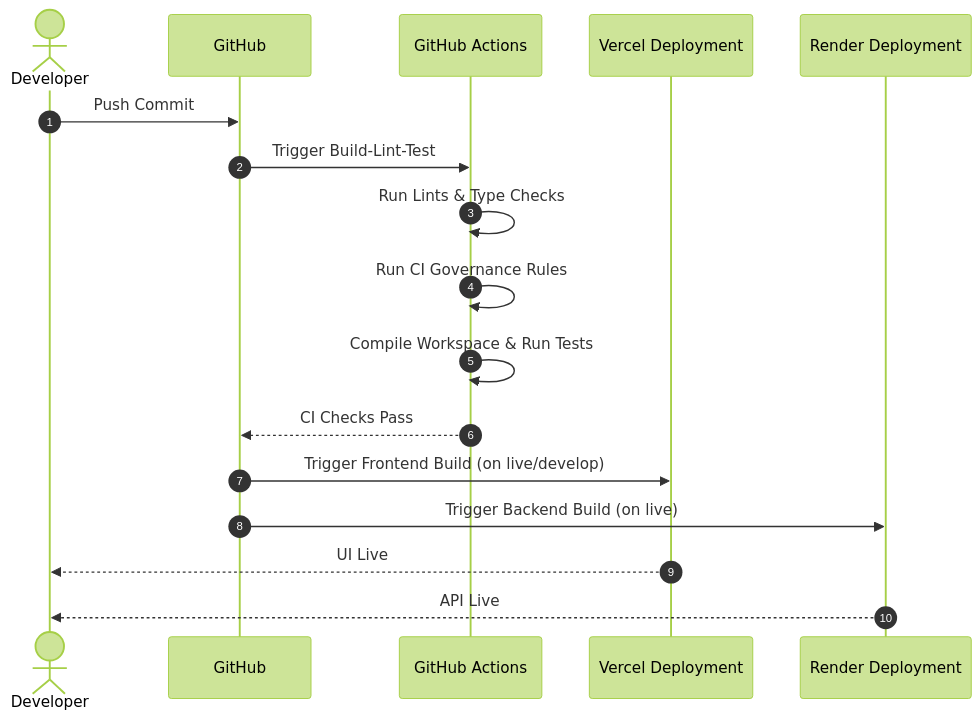
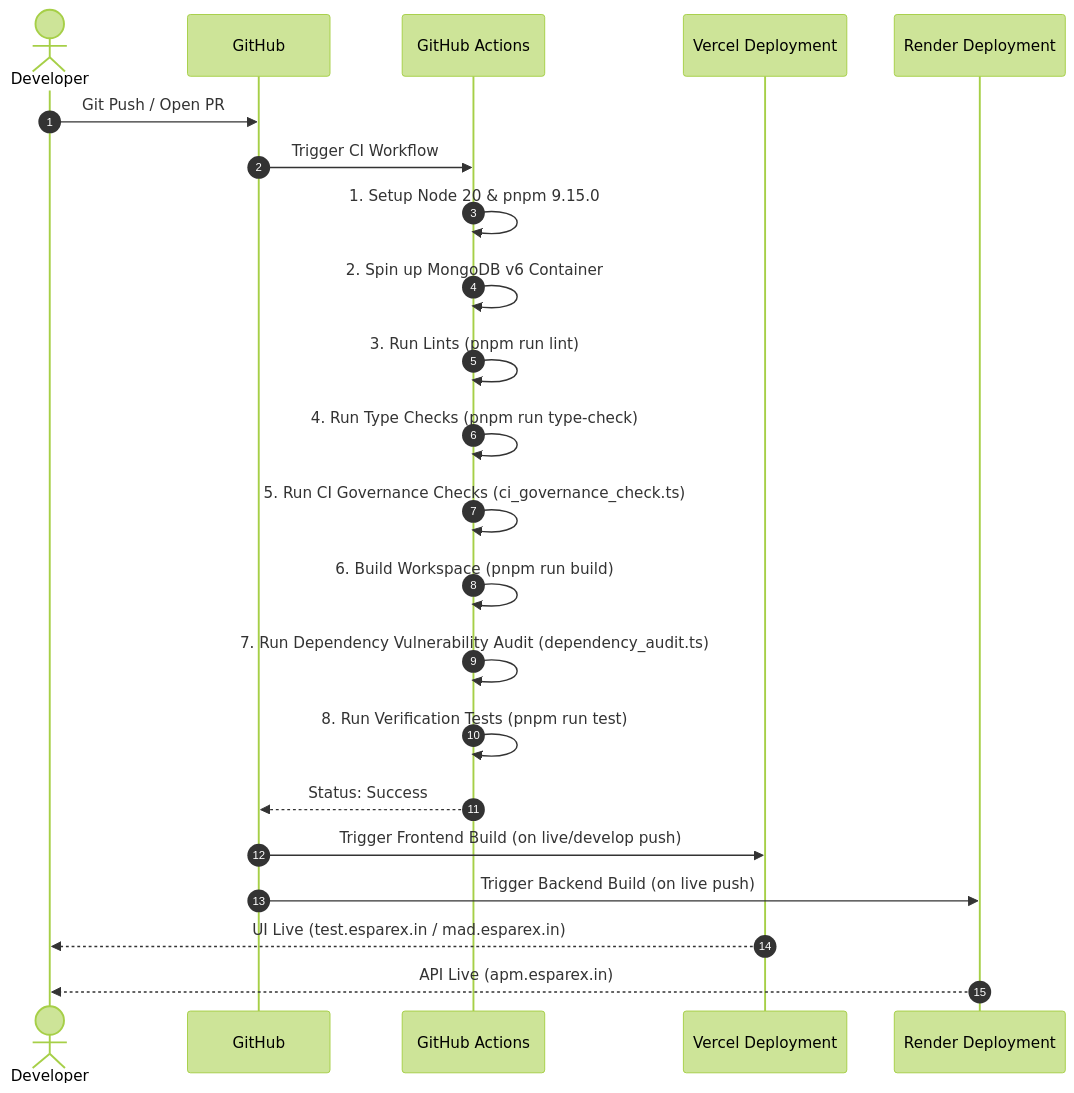
The second of 2 diagrams in DEPLOYMENT_MAP.md (adminmadusa/MAD-Entertrainment), drawn with Mermaid (forest theme) before and after one commit. The commit also changed other lines of this file and 2 other files, not shown here.

````diff
--- a/DEPLOYMENT_MAP.md
+++ b/DEPLOYMENT_MAP.md
@@ -118,20 +206,25 @@
 ```mermaid
 sequenceDiagram
   autonumber
   actor Dev as Developer
   participant Git as GitHub
   participant CI as GitHub Actions
   participant Vercel as Vercel Deployment
   participant Render as Render Deployment
 
-  Dev->>Git: Push Commit
-  Git->>CI: Trigger Build-Lint-Test
-  CI->>CI: Run Lints & Type Checks
-  CI->>CI: Run CI Governance Rules
-  CI->>CI: Compile Workspace & Run Tests
-  CI-->>Git: CI Checks Pass
-  Git->>Vercel: Trigger Frontend Build (on live/develop)
-  Git->>Render: Trigger Backend Build (on live)
-  Vercel-->>Dev: UI Live
-  Render-->>Dev: API Live
+  Dev->>Git: Git Push / Open PR
+  Git->>CI: Trigger CI Workflow
+  CI->>CI: 1. Setup Node 20 & pnpm 9.15.0
+  CI->>CI: 2. Spin up MongoDB v6 Container
+  CI->>CI: 3. Run Lints (pnpm run lint)
+  CI->>CI: 4. Run Type Checks (pnpm run type-check)
+  CI->>CI: 5. Run CI Governance Checks (ci_governance_check.ts)
+  CI->>CI: 6. Build Workspace (pnpm run build)
+  CI->>CI: 7. Run Dependency Vulnerability Audit (dependency_audit.ts)
+  CI->>CI: 8. Run Verification Tests (pnpm run test)
+  CI-->>Git: Status: Success
+  Git->>Vercel: Trigger Frontend Build (on live/develop push)
+  Git->>Render: Trigger Backend Build (on live push)
+  Vercel-->>Dev: UI Live (test.esparex.in / mad.esparex.in)
+  Render-->>Dev: API Live (apm.esparex.in)
 ```
````
